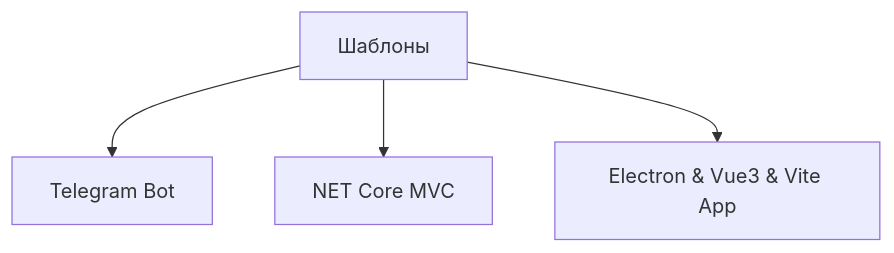
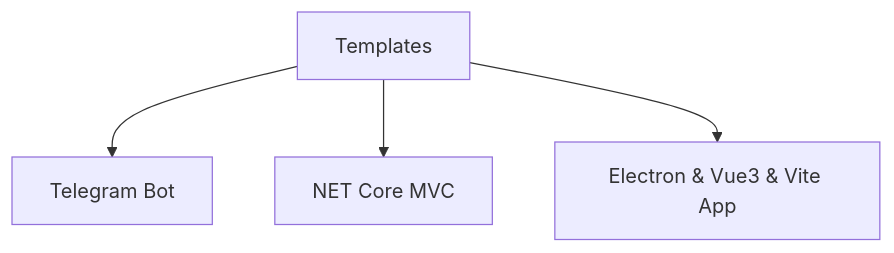
The seventh of 7 diagrams in docs/index.md (Dvurechensky/Dvurechensky), drawn with Mermaid before and after one commit. The commit also changed other lines of this file and 2 other files, not shown here.

````diff
--- a/docs/index.md
+++ b/docs/index.md
@@ -278,7 +281,7 @@
 ```mermaid
 graph TD
-  C[Шаблоны]
+  C[Templates]
   C --> W[Telegram Bot]
   C --> W1[NET Core MVC]
   C --> W2[Electron & Vue3 & Vite App]
 ```
````
